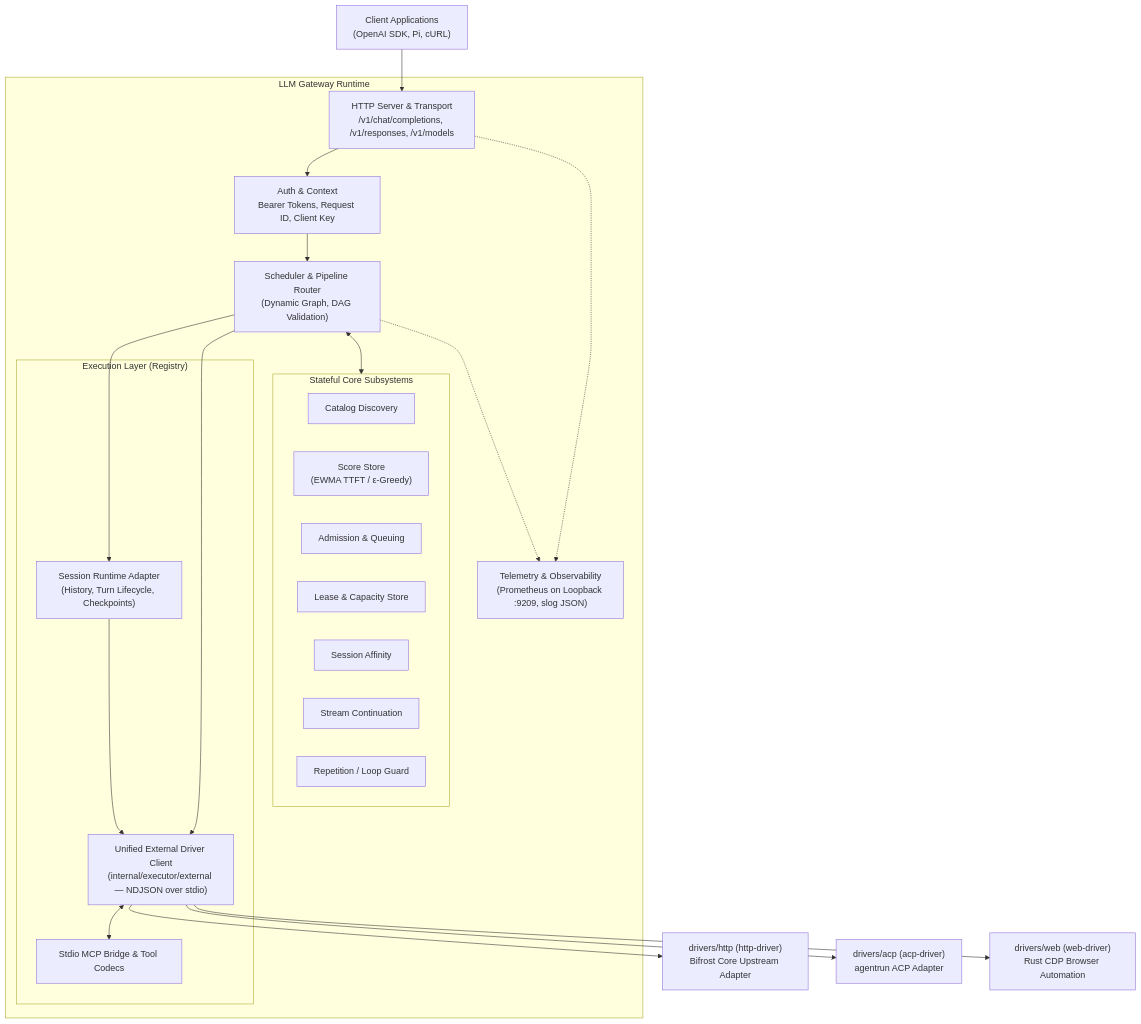
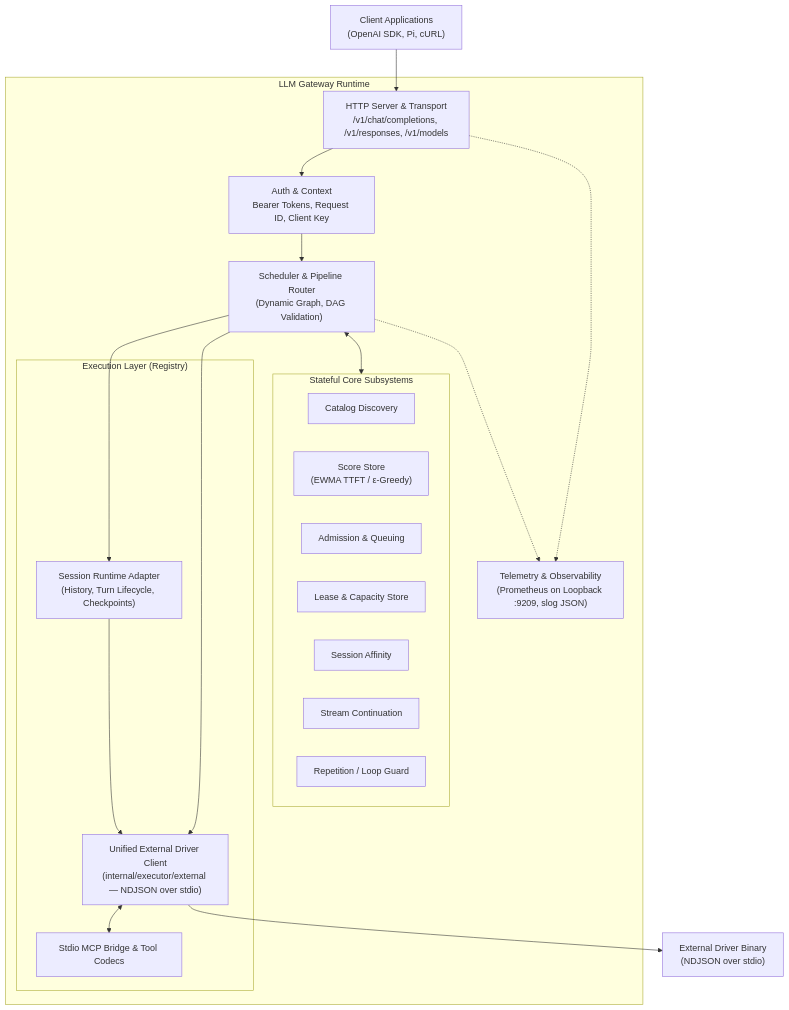
The first of 3 diagrams in ARCHITECTURE.md (mytecor/llm-gateway), drawn with Mermaid before and after one commit. The commit also changed other lines of this file and 6 other files, not shown here.

Commit message:
docs: add driver-specific architecture diagrams and animated overview SVG

````diff
--- a/ARCHITECTURE.md
+++ b/ARCHITECTURE.md
@@ -11,49 +11,45 @@
 ```mermaid
 flowchart TD
     Client["Client Applications<br/>(OpenAI SDK, Pi, cURL)"]
     
     subgraph Gateway["LLM Gateway Runtime"]
         Server["HTTP Server & Transport<br/>/v1/chat/completions, /v1/responses, /v1/models"]
         Auth["Auth & Context<br/>Bearer Tokens, Request ID, Client Key"]
         
         Scheduler["Scheduler & Pipeline Router<br/>(Dynamic Graph, DAG Validation)"]
         
         subgraph Subsystems["Stateful Core Subsystems"]
             Catalog["Catalog Discovery"]
             ScoreStore["Score Store<br/>(EWMA TTFT / ε-Greedy)"]
             Admission["Admission & Queuing"]
             Lease["Lease & Capacity Store"]
             Affinity["Session Affinity"]
             Continue["Stream Continuation"]
             Repetition["Repetition / Loop Guard"]
         end
 
         subgraph Executors["Execution Layer (Registry)"]
             SessionExec["Session Runtime Adapter<br/>(History, Turn Lifecycle, Checkpoints)"]
             ExternalDriver["Unified External Driver Client<br/>(internal/executor/external — NDJSON over stdio)"]
             MCPSystem["Stdio MCP Bridge & Tool Codecs"]
         end
         
         Telemetry["Telemetry & Observability<br/>(Prometheus on Loopback :9209, slog JSON)"]
     end
 
-    HTTPDriver["drivers/http (http-driver)<br/>Bifrost Core Upstream Adapter"]
-    ACPDriver["drivers/acp (acp-driver)<br/>agentrun ACP Adapter"]
-    WebDriver["drivers/web (web-driver)<br/>Rust CDP Browser Automation"]
+    Driver["External Driver Binary<br/>(NDJSON over stdio)"]
 
     Client --> Server
     Server --> Auth
     Auth --> Scheduler
     Scheduler <--> Subsystems
     Scheduler --> ExternalDriver
     Scheduler --> SessionExec
     
     SessionExec --> ExternalDriver
     ExternalDriver <--> MCPSystem
-    ExternalDriver --> HTTPDriver
-    ExternalDriver --> ACPDriver
-    ExternalDriver --> WebDriver
+    ExternalDriver --> Driver
     
     Server -.-> Telemetry
     Scheduler -.-> Telemetry
 ```
````
